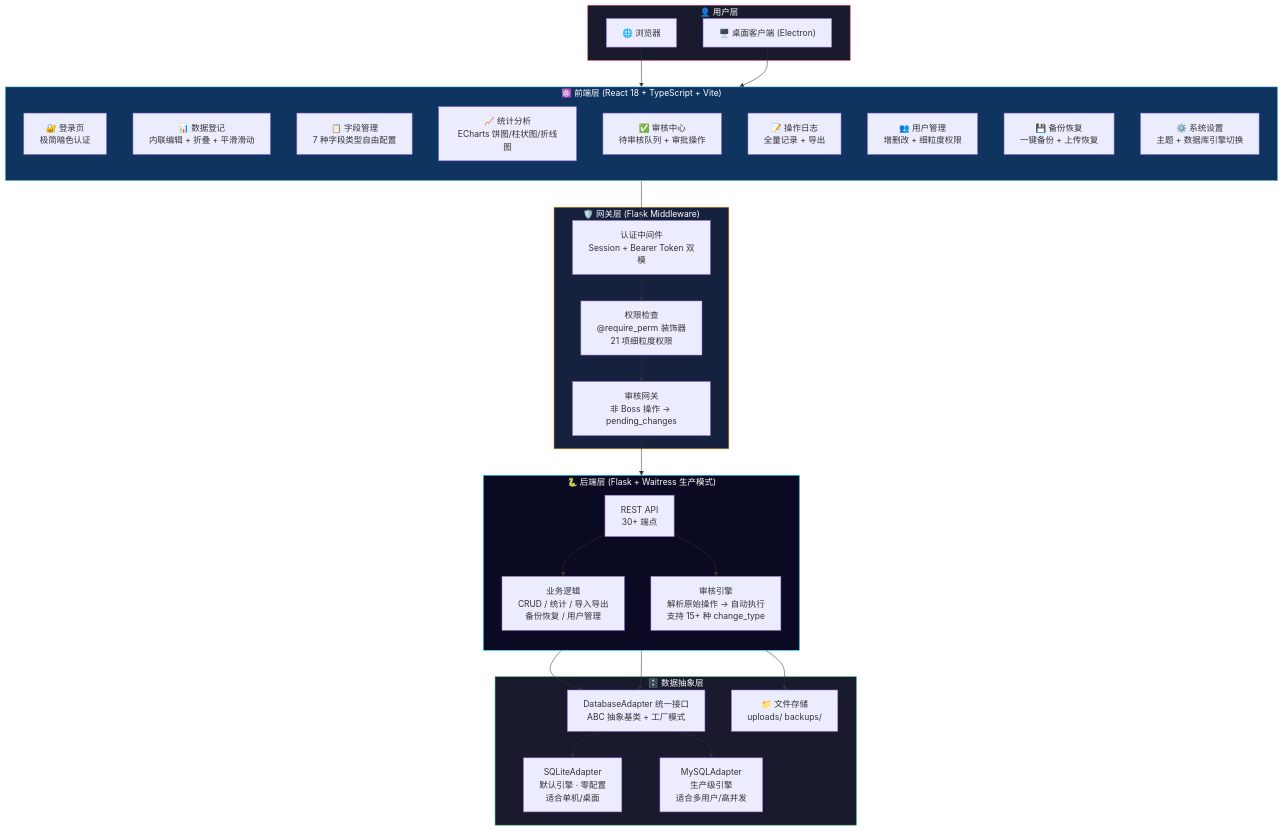
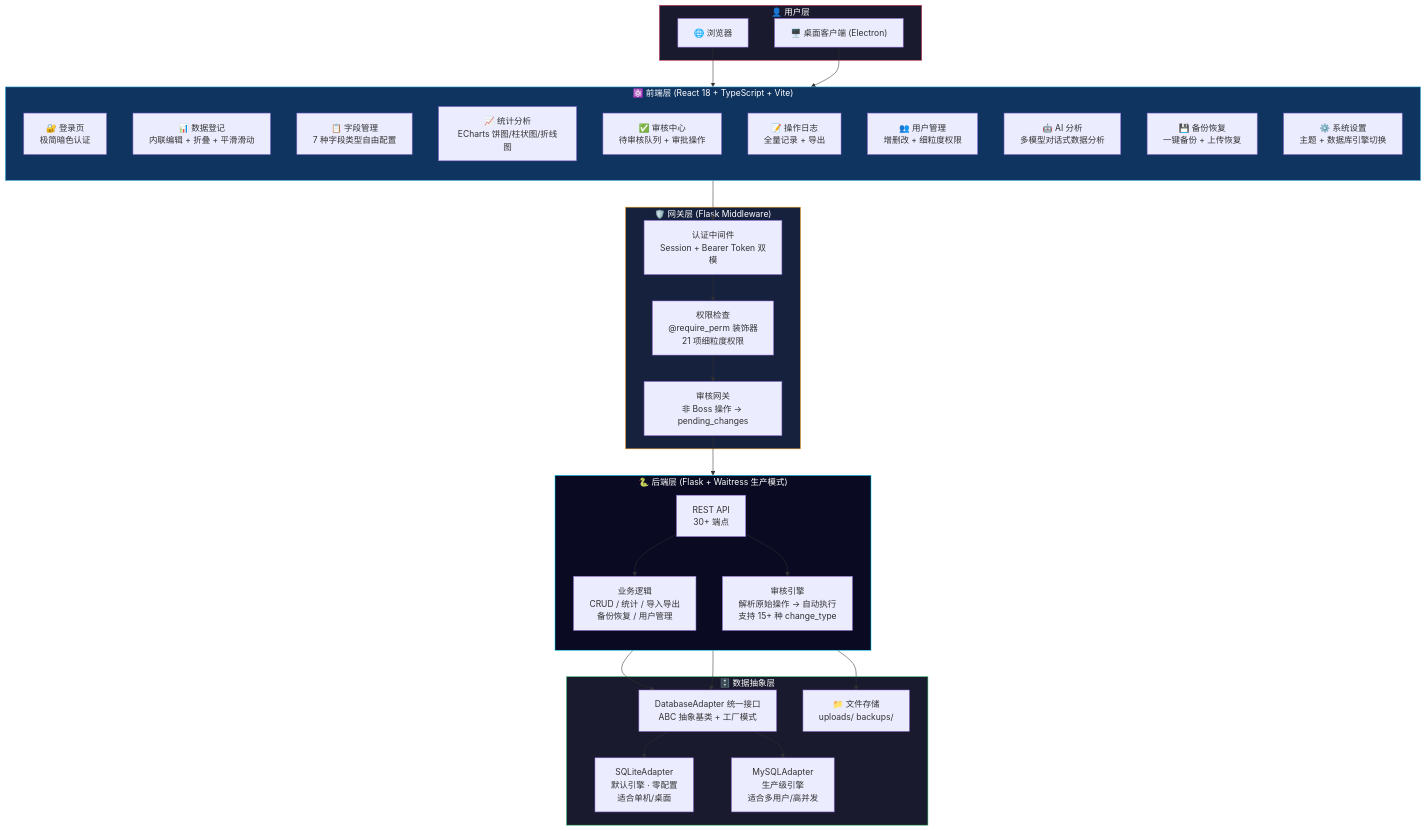
One commit to jincheng3870682453-hash/shujuku changed the first of 8 diagrams in README.md. Above: the diagram before and after it, drawn with Mermaid. The commit also changed other lines of this file and 1 other file, not shown here.

````diff
--- a/README.md
+++ b/README.md
@@ -60,60 +60,61 @@
 ```mermaid
 graph TB
     subgraph UserLayer["👤 用户层"]
         Browser["🌐 浏览器"]
         Desktop["🖥️ 桌面客户端 (Electron)"]
     end
 
     subgraph FrontendLayer["⚛️ 前端层 (React 18 + TypeScript + Vite)"]
         direction TB
         Login["🔐 登录页<br/>极简暗色认证"]
         DataTable["📊 数据登记<br/>内联编辑 + 折叠 + 平滑滑动"]
         Columns["📋 字段管理<br/>7 种字段类型自由配置"]
         Stats["📈 统计分析<br/>ECharts 饼图/柱状图/折线图"]
         Audit["✅ 审核中心<br/>待审核队列 + 审批操作"]
         Logs["📝 操作日志<br/>全量记录 + 导出"]
         Users["👥 用户管理<br/>增删改 + 细粒度权限"]
+        AIAnalysis["🤖 AI 分析<br/>多模型对话式数据分析"]
         Backup["💾 备份恢复<br/>一键备份 + 上传恢复"]
         Settings["⚙️ 系统设置<br/>主题 + 数据库引擎切换"]
     end
 
     subgraph GatewayLayer["🛡️ 网关层 (Flask Middleware)"]
         Auth["认证中间件<br/>Session + Bearer Token 双模"]
         PermCheck["权限检查<br/>@require_perm 装饰器<br/>21 项细粒度权限"]
         AuditGate["审核网关<br/>非 Boss 操作 → pending_changes"]
     end
 
     subgraph BackendLayer["🐍 后端层 (Flask + Waitress 生产模式)"]
         direction TB
         API["REST API<br/>30+ 端点"]
         BizLogic["业务逻辑<br/>CRUD / 统计 / 导入导出<br/>备份恢复 / 用户管理"]
         AuditEngine["审核引擎<br/>解析原始操作 → 自动执行<br/>支持 15+ 种 change_type"]
     end
 
     subgraph DataLayer["🗄️ 数据抽象层"]
         Adapter["DatabaseAdapter 统一接口<br/>ABC 抽象基类 + 工厂模式"]
         SQLite["SQLiteAdapter<br/>默认引擎 · 零配置<br/>适合单机/桌面"]
         MySQL["MySQLAdapter<br/>生产级引擎<br/>适合多用户/高并发"]
         FileStore["📁 文件存储<br/>uploads/ backups/"]
     end
 
     Browser --> Login
     Desktop --> Login
     Login --> Auth
     Auth --> PermCheck
     PermCheck --> AuditGate
     AuditGate --> API
     API --> BizLogic
     API --> AuditEngine
     BizLogic --> Adapter
     AuditEngine --> Adapter
     Adapter --> SQLite
     Adapter --> MySQL
     BizLogic --> FileStore
 
     style UserLayer fill:#1a1a2e,stroke:#e94560,color:#fff
     style FrontendLayer fill:#0f3460,stroke:#61dafb,color:#fff
     style GatewayLayer fill:#16213e,stroke:#f39c12,color:#fff
     style BackendLayer fill:#0a0a23,stroke:#00d2ff,color:#fff
     style DataLayer fill:#1a1a2e,stroke:#27ae60,color:#fff
 ```
````
